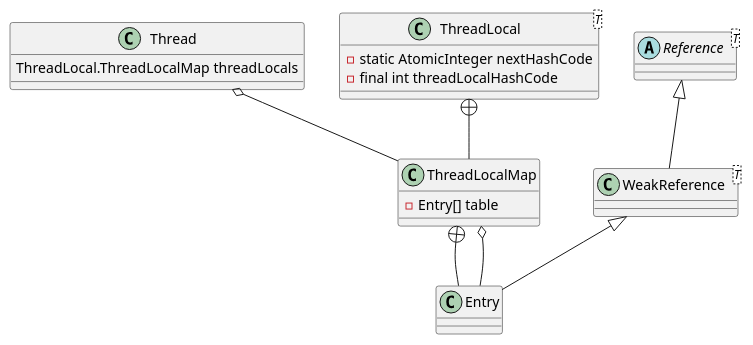
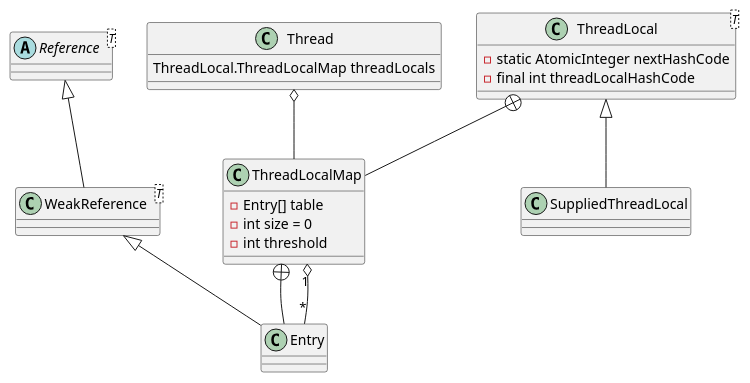
Before and after one commit to onlyonion/development: the diagram in 10-java/src/java/lang/ThreadLocal.md, drawn with PlantUML. The commit also changed 39 other files, not shown here.

````diff
--- a/10-java/src/java/lang/ThreadLocal.md
+++ b/10-java/src/java/lang/ThreadLocal.md
@@ -4,32 +4,35 @@
 ```plantuml
 @startuml
 
 class Thread {
     ThreadLocal.ThreadLocalMap threadLocals
 }
 Thread o-- ThreadLocalMap
 
 class ThreadLocal<T> {
     - static AtomicInteger nextHashCode
     - final int threadLocalHashCode
 }
 
 ThreadLocal +-- ThreadLocalMap
+ThreadLocal ^-- SuppliedThreadLocal
 
 class ThreadLocalMap {
     - Entry[] table
+    - int size = 0
+    - int threshold
 }
 
 ThreadLocalMap +-- Entry
-ThreadLocalMap o-- Entry
+ThreadLocalMap "1" o-- "*" Entry
 
 
 abstract class Reference<T>
 class WeakReference<T>
 class Entry
 
 Reference ^-- WeakReference
 WeakReference ^-- Entry
 
 @enduml
 ```
````
